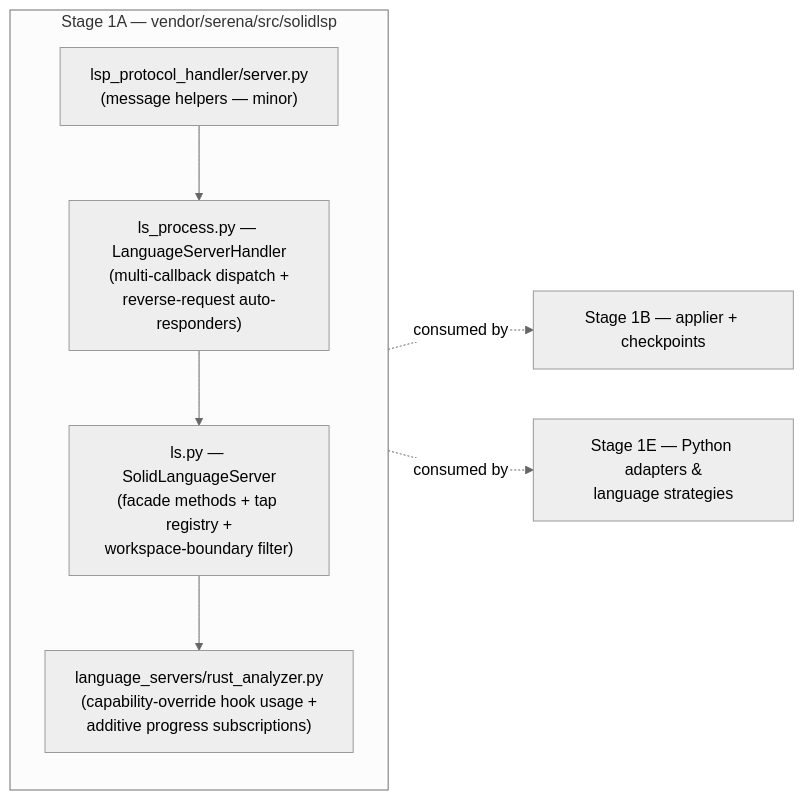
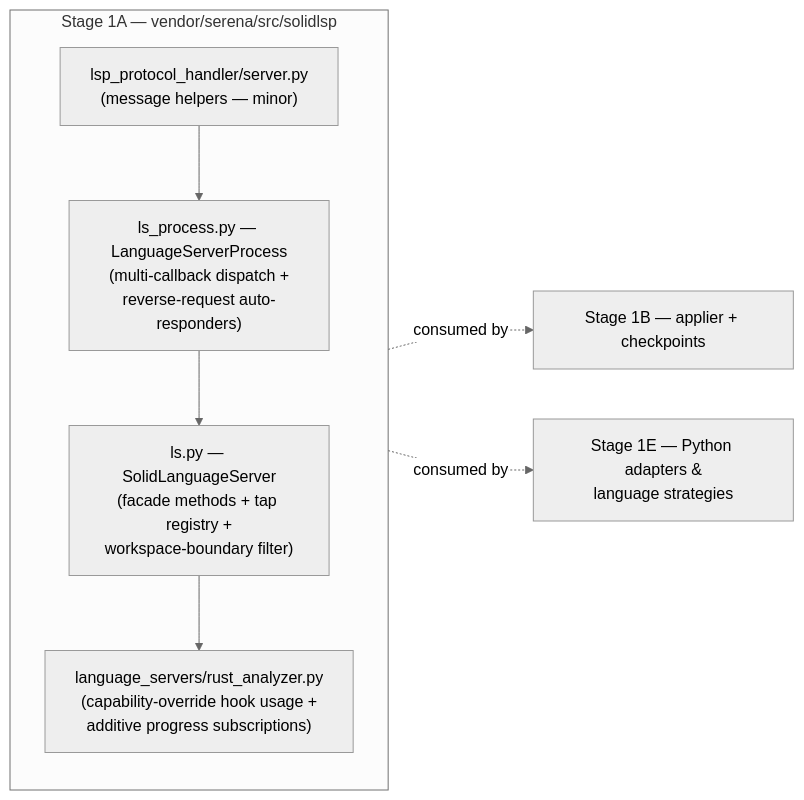
Before and after one commit to o2alexanderfedin/o2-scalpel: the first of 2 diagrams in docs/superpowers/plans/2026-04-24-stage-1a-lsp-primitives.md, drawn with Mermaid (neutral theme). The commit also changed other lines of this file, not shown here.

First line of the commit message:
docs(stage-1a): correct class name LanguageServerHandler→LanguageServerProcess

````diff
--- a/docs/superpowers/plans/2026-04-24-stage-1a-lsp-primitives.md
+++ b/docs/superpowers/plans/2026-04-24-stage-1a-lsp-primitives.md
@@ -9,16 +9,16 @@
 ```mermaid
 flowchart LR
     subgraph Stage1A_solidlsp["Stage 1A — vendor/serena/src/solidlsp"]
         ls["ls.py — SolidLanguageServer<br/>(facade methods + tap registry +<br/>workspace-boundary filter)"]
-        proc["ls_process.py — LanguageServerHandler<br/>(multi-callback dispatch +<br/>reverse-request auto-responders)"]
+        proc["ls_process.py — LanguageServerProcess<br/>(multi-callback dispatch +<br/>reverse-request auto-responders)"]
         srv["lsp_protocol_handler/server.py<br/>(message helpers — minor)"]
         ra["language_servers/rust_analyzer.py<br/>(capability-override hook usage +<br/>additive progress subscriptions)"]
         proc --> ls
         srv --> proc
         ls --> ra
     end
     Stage1B["Stage 1B — applier + checkpoints"]
     Stage1E["Stage 1E — Python adapters &<br/>language strategies"]
     Stage1A_solidlsp -.consumed by.-> Stage1B
     Stage1A_solidlsp -.consumed by.-> Stage1E
 ```
````
